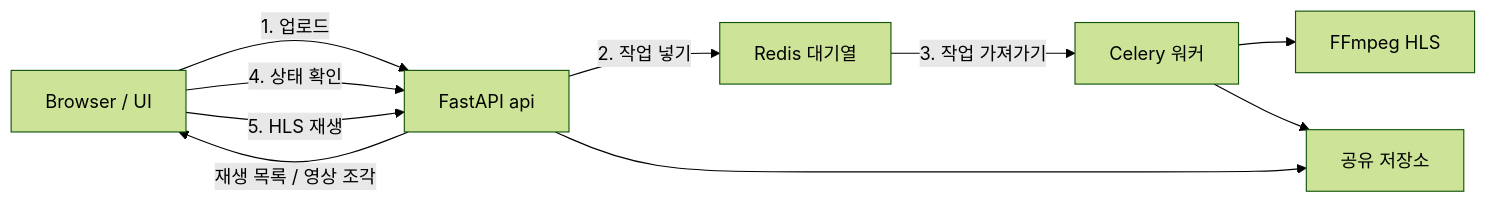
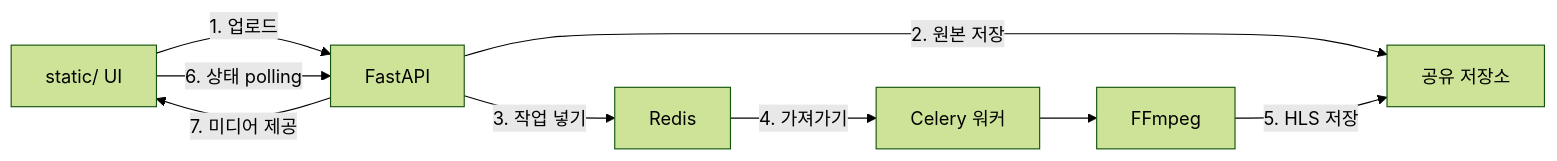
One commit to DSeung001/presentation-md changed the first of 7 diagrams in content/2026-07-20-pycon-fastapi-celery/index.md. Above: the diagram before and after it, drawn with Mermaid (forest theme). The commit also changed other lines of this file and 2 other files, not shown here.

Commit message:
fix: 다이어그램 수정 및 img css 수정

````diff
--- a/content/2026-07-20-pycon-fastapi-celery/index.md
+++ b/content/2026-07-20-pycon-fastapi-celery/index.md
@@ -77,19 +77,18 @@
 ```mermaid
 flowchart LR
-    Browser["Browser / UI"]
-    FastAPI["FastAPI api"]
-    Redis["Redis 대기열"]
+    UI["static/ UI"]
+    FastAPI["FastAPI"]
+    Redis["Redis"]
     Celery["Celery 워커"]
-    FFmpeg["FFmpeg HLS"]
+    FFmpeg["FFmpeg"]
     Data["공유 저장소"]
 
-    Browser -->|"1. 업로드"| FastAPI
-    FastAPI -->|"2. 작업 넣기"| Redis
-    Redis -->|"3. 작업 가져가기"| Celery
+    UI -->|"1. 업로드"| FastAPI
+    FastAPI -->|"2. 원본 저장"| Data
+    FastAPI -->|"3. 작업 넣기"| Redis
+    Redis -->|"4. 가져가기"| Celery
     Celery --> FFmpeg
-    FastAPI --> Data
-    Celery --> Data
-    Browser -->|"4. 상태 확인"| FastAPI
-    Browser -->|"5. HLS 재생"| FastAPI
-    FastAPI -->|"재생 목록 / 영상 조각"| Browser
+    FFmpeg -->|"5. HLS 저장"| Data
+    UI -->|"6. 상태 polling"| FastAPI
+    FastAPI -->|"7. 미디어 제공"| UI
 ```
````
